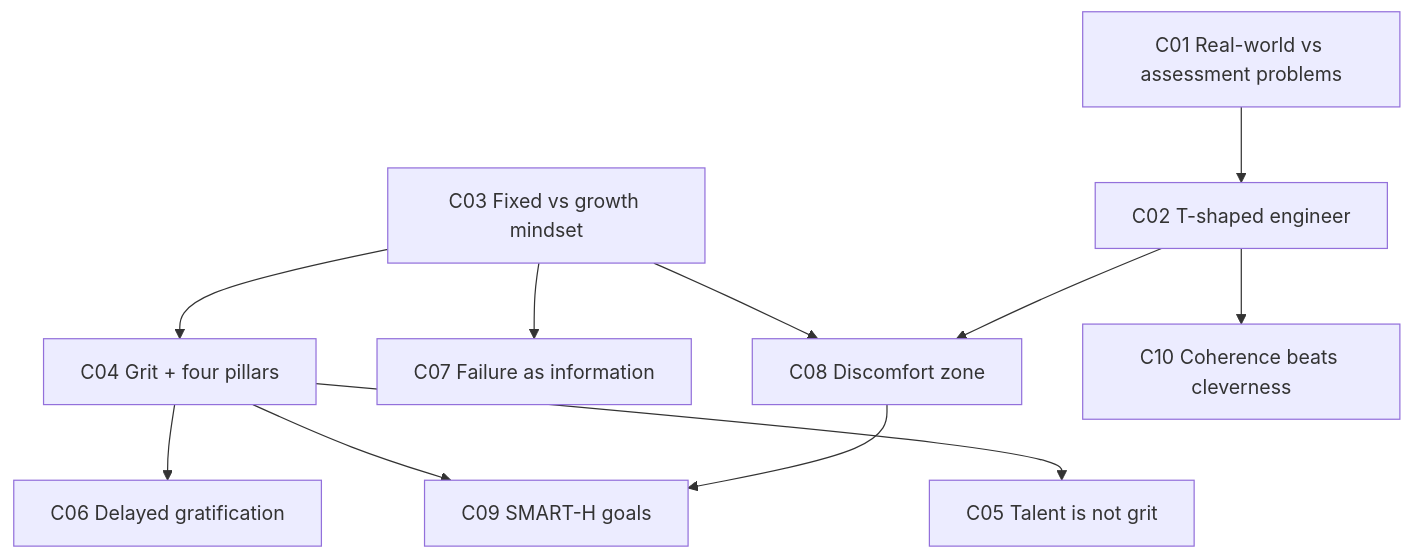
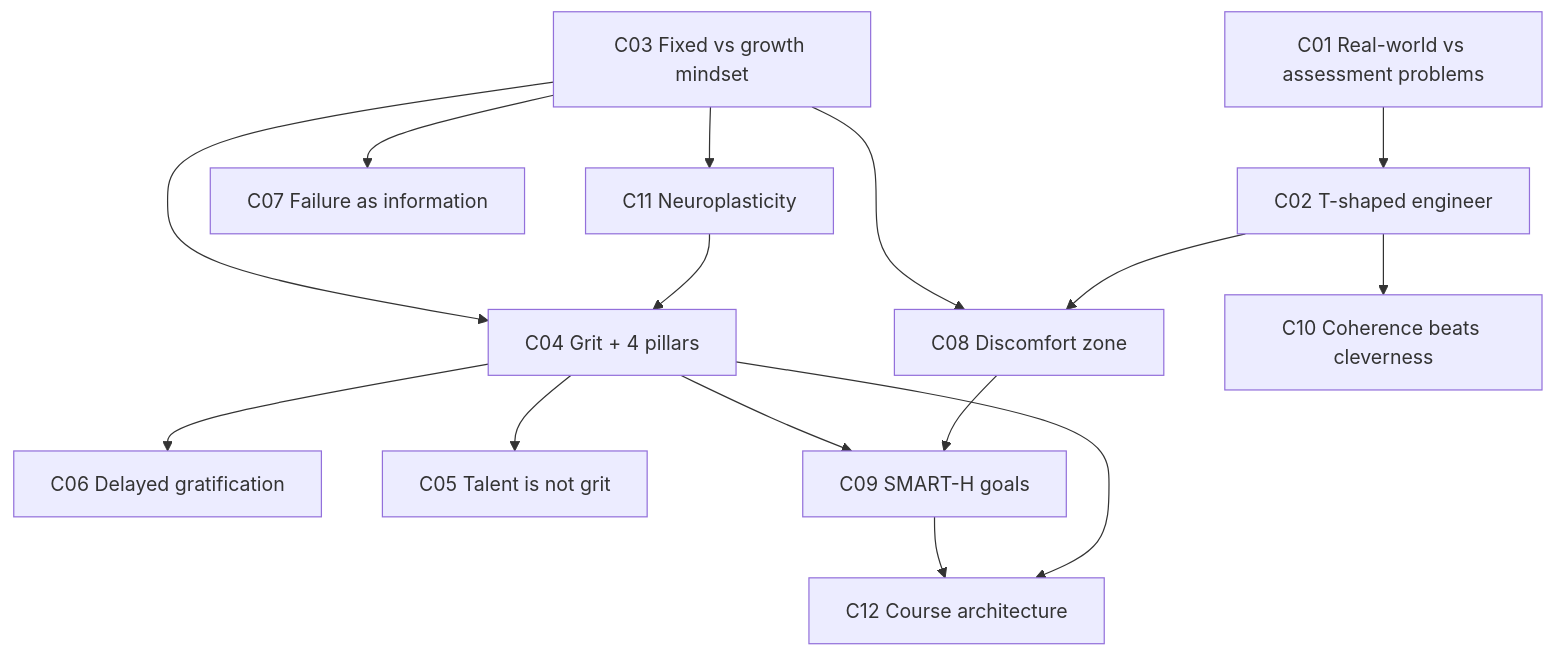
Before and after one commit to ZingZing001/uni-study: the first of 3 diagrams in Sem2/ENGGEN403/Lecture1/notes/L1-notes.md, drawn with Mermaid. The commit also changed other lines of this file and 13 other files, not shown here.

````diff
--- a/Sem2/ENGGEN403/Lecture1/notes/L1-notes.md
+++ b/Sem2/ENGGEN403/Lecture1/notes/L1-notes.md
@@ -11,13 +29,17 @@
 ```mermaid
 graph TD
     C01[C01 Real-world vs assessment problems] --> C02[C02 T-shaped engineer]
     C02 --> C08[C08 Discomfort zone]
     C03[C03 Fixed vs growth mindset] --> C07[C07 Failure as information]
     C03 --> C08
-    C04[C04 Grit + four pillars] --> C06[C06 Delayed gratification]
+    C03 --> C11[C11 Neuroplasticity]
+    C04[C04 Grit + 4 pillars] --> C06[C06 Delayed gratification]
     C04 --> C05[C05 Talent is not grit]
+    C11 --> C04
     C03 --> C04
     C08 --> C09[C09 SMART-H goals]
     C04 --> C09
     C02 --> C10[C10 Coherence beats cleverness]
+    C04 --> C12[C12 Course architecture]
+    C09 --> C12
 ```
````
